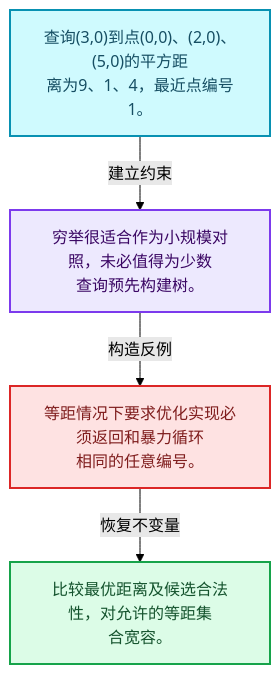
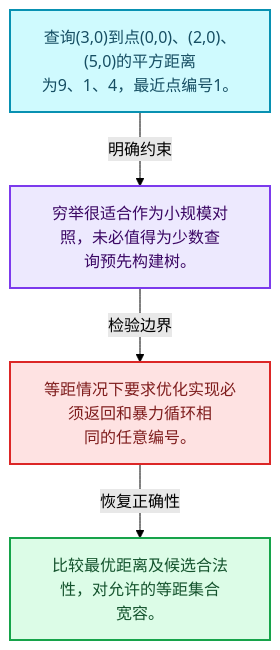
Before and after one commit to yunkezengren/blender-.vscode: the first of 4 diagrams in 杂/markdown/全面学习-codex/12-空间数据结构与几何算法/01-空间查询与暴力基准.md, drawn with Mermaid (forest theme). The commit also changed other lines of this file and 1930 other files, not shown here.

````diff
--- a/杂/markdown/全面学习-codex/12-空间数据结构与几何算法/01-空间查询与暴力基准.md
+++ b/杂/markdown/全面学习-codex/12-空间数据结构与几何算法/01-空间查询与暴力基准.md
@@ -29,16 +29,16 @@
 ```mermaid
 flowchart TB
-  M["查询(3,0)到点(0,0)、(2,0)、(5,0)的平方距<br/>离为9、1、4，最近点编号1。"]:::data
-  T["穷举很适合作为小规模对照，未必值得为少数<br/>查询预先构建树。"]:::abstraction
-  X["等距情况下要求优化实现必须返回和暴力循环<br/>相同的任意编号。"]:::error
-  A["比较最优距离及候选合法性，对允许的等距集<br/>合宽容。"]:::result
-  M -->|"建立约束"| T
-  T -->|"构造反例"| X
-  X -->|"恢复不变量"| A
+  M["查询(3,0)到点(0,0)、(2,0)、(5,0)的平方距离<br/>为9、1、4，最近点编号1。"]:::data
+  C["穷举很适合作为小规模对照，未必值得为少数查<br/>询预先构建树。"]:::abstraction
+  B["等距情况下要求优化实现必须返回和暴力循环相<br/>同的任意编号。"]:::error
+  R["比较最优距离及候选合法性，对允许的等距集合<br/>宽容。"]:::result
+  M -->|"明确约束"| C
+  C -->|"检验边界"| B
+  B -->|"恢复正确性"| R
   classDef input fill:#DBEAFE,stroke:#2563EB,color:#172554,stroke-width:2px;
   classDef data fill:#CFFAFE,stroke:#0891B2,color:#164E63,stroke-width:2px;
   classDef abstraction fill:#EDE9FE,stroke:#7C3AED,color:#3B0764,stroke-width:2px;
   classDef compute fill:#FEF3C7,stroke:#D97706,color:#78350F,stroke-width:2px;
   classDef result fill:#DCFCE7,stroke:#16A34A,color:#14532D,stroke-width:2px;
   classDef error fill:#FEE2E2,stroke:#DC2626,color:#7F1D1D,stroke-width:2px;
 ```
````
